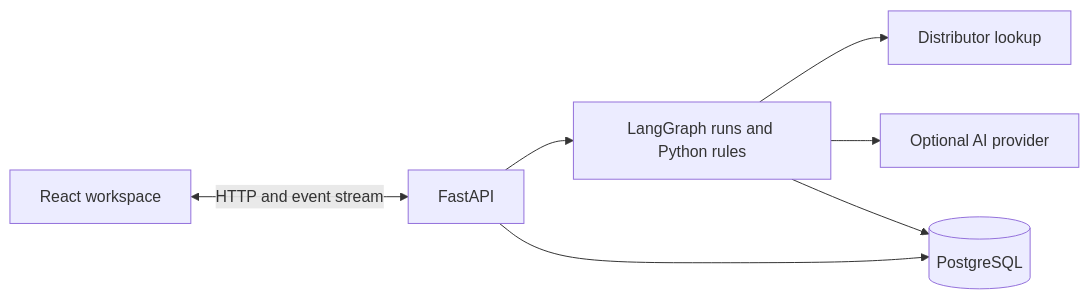
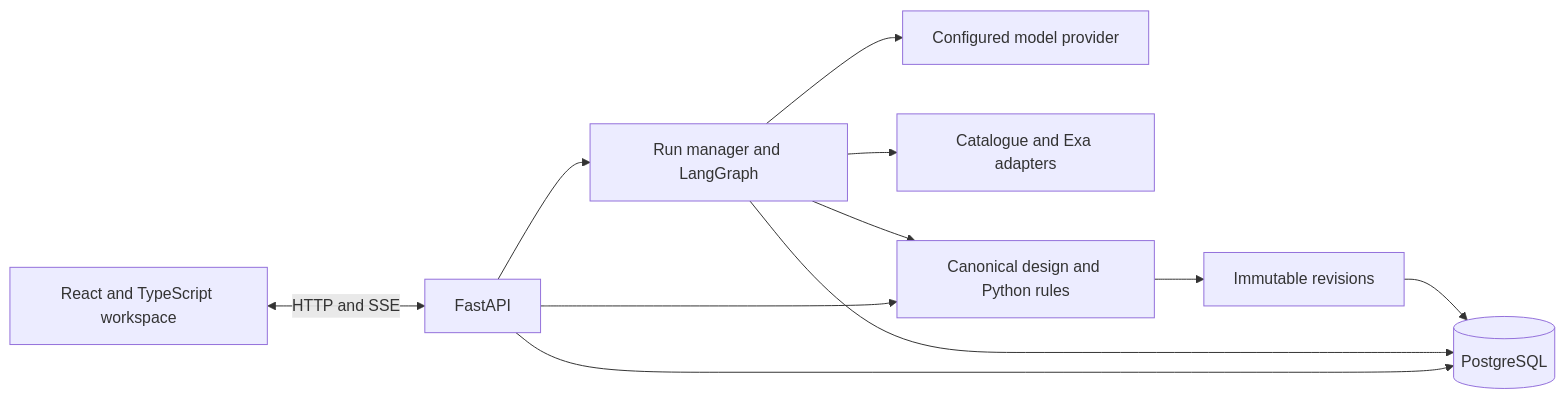
Before and after one commit to Armaan-king/Continuity-SC3040: the second of 2 diagrams in README.md, drawn with Mermaid. The commit also changed other lines of this file and 1 other file, not shown here.

Commit message:
Expand FUZE README into an in-depth product and architecture guide

````diff
--- a/README.md
+++ b/README.md
@@ -164,9 +416,13 @@
-```mermaid
+~~~mermaid
 flowchart LR
-    UI[React workspace] <-->|HTTP and event stream| API[FastAPI]
-    API --> Runs[LangGraph runs and Python rules]
-    API --> DB[(PostgreSQL)]
-    Runs --> Parts[Distributor lookup]
-    Runs --> AI[Optional AI provider]
+    UI["React and TypeScript workspace"] <-->|HTTP and SSE| API["FastAPI"]
+    API --> Runs["Run manager and LangGraph"]
+    Runs --> AI["Configured model provider"]
+    Runs --> Sources["Catalogue and Exa adapters"]
+    Runs --> Design["Canonical design and Python rules"]
+    API --> Design
+    Design --> Revisions["Immutable revisions"]
+    Revisions --> DB[("PostgreSQL")]
     Runs --> DB
-```
+    API --> DB
+~~~
````
